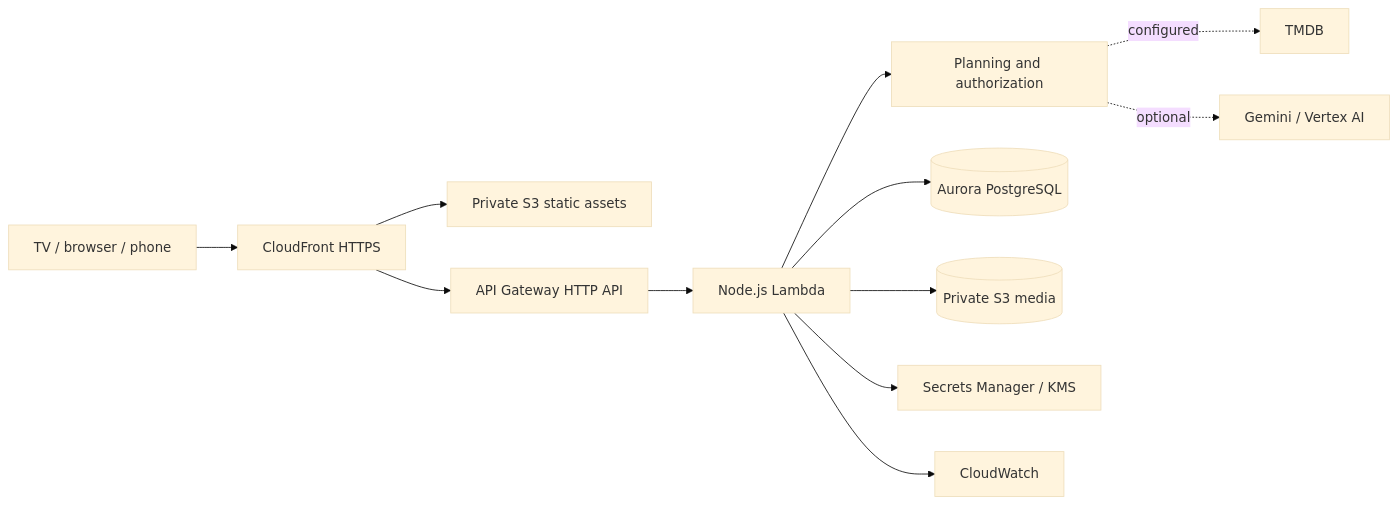
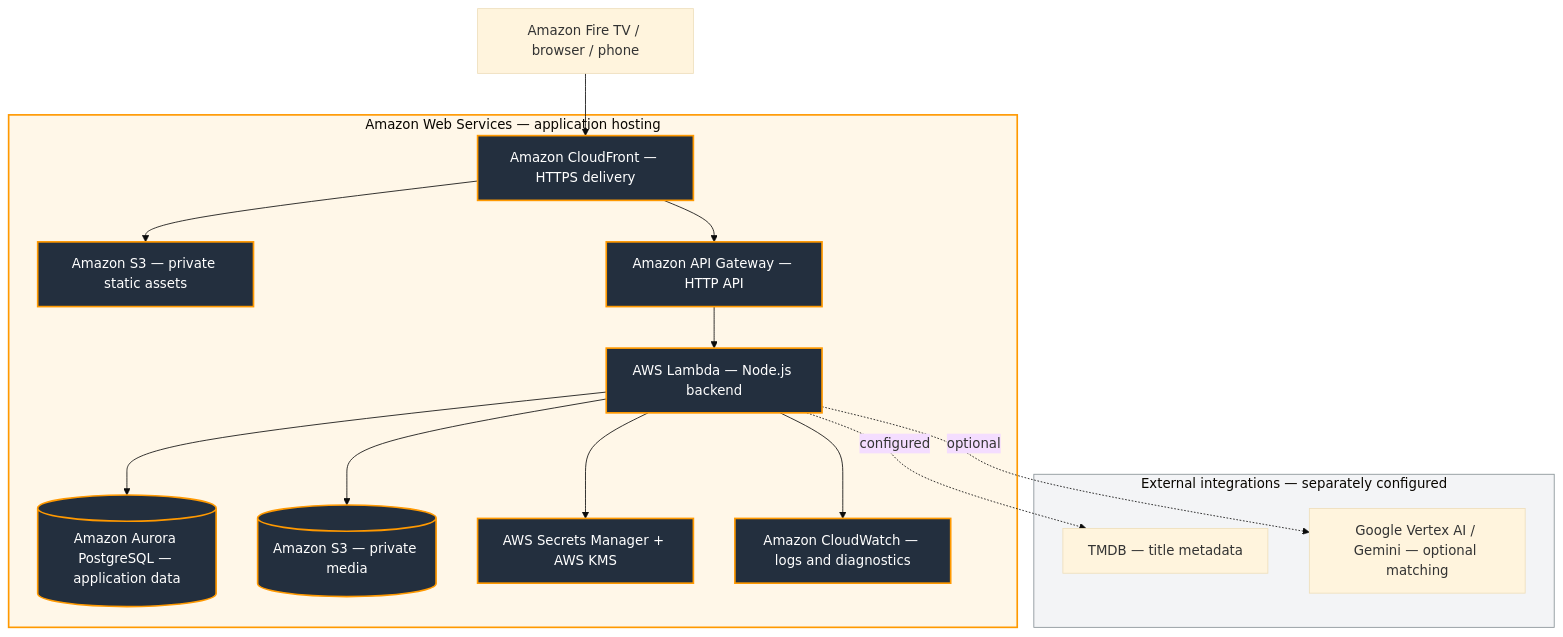
Before and after one commit to sagitta414/crave-frame: the diagram in README.md, drawn with Mermaid (base theme). The commit also changed other lines of this file and 1 other file, not shown here.

Commit message:
Lead architecture documentation with Amazon Web Services topology

````diff
--- a/README.md
+++ b/README.md
@@ -59,14 +59,32 @@
 ```mermaid
-flowchart LR
-  Devices[TV / browser / phone] --> Edge[CloudFront HTTPS]
-  Edge --> Static[Private S3 static assets]
-  Edge --> Gateway[API Gateway HTTP API]
-  Gateway --> Runtime[Node.js Lambda]
-  Runtime --> Logic[Planning and authorization]
-  Runtime --> Data[(Aurora PostgreSQL)]
-  Runtime --> Media[(Private S3 media)]
-  Runtime --> Secrets[Secrets Manager / KMS]
-  Runtime --> Logs[CloudWatch]
-  Logic -. configured .-> Titles[TMDB]
-  Logic -. optional .-> AI[Gemini / Vertex AI]
+flowchart TB
+  Devices[Amazon Fire TV / browser / phone]
+  subgraph AWS[Amazon Web Services — application hosting]
+    Edge[Amazon CloudFront — HTTPS delivery]
+    Static[Amazon S3 — private static assets]
+    Gateway[Amazon API Gateway — HTTP API]
+    Runtime[AWS Lambda — Node.js backend]
+    Data[(Amazon Aurora PostgreSQL — application data)]
+    Media[(Amazon S3 — private media)]
+    Secrets[AWS Secrets Manager + AWS KMS]
+    Logs[Amazon CloudWatch — logs and diagnostics]
+    Edge --> Static
+    Edge --> Gateway
+    Gateway --> Runtime
+    Runtime --> Data
+    Runtime --> Media
+    Runtime --> Secrets
+    Runtime --> Logs
+  end
+  subgraph External[External integrations — separately configured]
+    Titles[TMDB — title metadata]
+    AI[Google Vertex AI / Gemini — optional matching]
+  end
+  Devices --> Edge
+  Runtime -. configured .-> Titles
+  Runtime -. optional .-> AI
+  classDef amazon fill:#232f3e,color:#fff,stroke:#ff9900,stroke-width:2px;
+  class Edge,Static,Gateway,Runtime,Data,Media,Secrets,Logs amazon;
+  style AWS fill:#fff7e8,stroke:#ff9900,stroke-width:2px
+  style External fill:#f3f4f6,stroke:#879196
 ```
````
